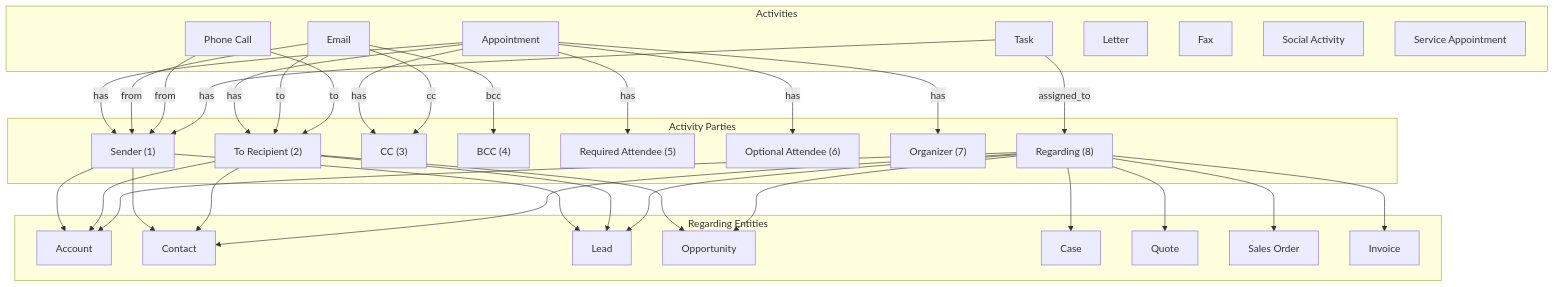
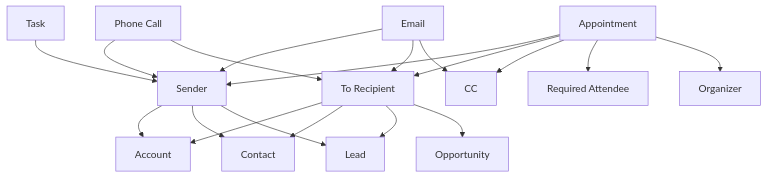
Before and after one commit to JohnDevaSahayam/Dynamic-365-Database-Documentation: diagram 12 of 15 in D365_Mermaid_Diagrams.md, drawn with Mermaid. The commit also changed other lines of this file, not shown here.

Commit message:
mermaid diagram docment changes

````diff
--- a/D365_Mermaid_Diagrams.md
+++ b/D365_Mermaid_Diagrams.md
@@ -1487,79 +1201,46 @@
 ```mermaid
 flowchart TB
-    %% ==================== ACTIVITY RELATIONSHIPS ====================
+    APPT["Appointment"]
+    EMAIL["Email"]
+    PHONE["Phone Call"]
+    TASK["Task"]
     
-    subgraph ACTIVITIES["Activities"]
-        APPT["Appointment"]
-        EMAIL["Email"]
-        PHONE["Phone Call"]
-        TASK["Task"]
-        LETTER["Letter"]
-        FAX["Fax"]
-        SOCIAL["Social Activity"]
-        SERVICE["Service Appointment"]
-    end
+    SENDER["Sender"]
+    TO["To Recipient"]
+    CC["CC"]
+    REQUIRED["Required Attendee"]
+    ORGANIZER["Organizer"]
     
-    subgraph PARTICIPANTS["Activity Parties"]
-        SENDER["Sender (1)"]
-        TO["To Recipient (2)"]
-        CC["CC (3)"]
-        BCC["BCC (4)"]
-        REQUIRED["Required Attendee (5)"]
-        OPTIONAL["Optional Attendee (6)"]
-        ORGANIZER["Organizer (7)"]
-        REGARDING["Regarding (8)"]
-    end
+    ACCOUNT_ACT["Account"]
+    CONTACT_ACT["Contact"]
+    LEAD_ACT["Lead"]
+    OPP_ACT["Opportunity"]
     
-    subgraph REGARDING_ENTITIES["Regarding Entities"]
-        ACCOUNT_ACT["Account"]
-        CONTACT_ACT["Contact"]
-        LEAD_ACT["Lead"]
-        OPP_ACT["Opportunity"]
-        CASE_ACT["Case"]
-        QUOTE_ACT["Quote"]
-        ORDER_ACT["Sales Order"]
-        INVOICE_ACT["Invoice"]
-    end
+    APPT --> SENDER
+    APPT --> TO
+    APPT --> CC
+    APPT --> REQUIRED
+    APPT --> ORGANIZER
     
-    %% Activity to Participant
-    APPT -->|has| SENDER
-    APPT -->|has| TO
-    APPT -->|has| CC
-    APPT -->|has| REQUIRED
-    APPT -->|has| OPTIONAL
-    APPT -->|has| ORGANIZER
+    EMAIL --> SENDER
+    EMAIL --> TO
+    EMAIL --> CC
     
-    EMAIL -->|from| SENDER
-    EMAIL -->|to| TO
-    EMAIL -->|cc| CC
-    EMAIL -->|bcc| BCC
+    PHONE --> SENDER
+    PHONE --> TO
     
-    PHONE -->|from| SENDER
-    PHONE -->|to| TO
+    TASK --> SENDER
     
-    TASK -->|assigned_to| REGARDING
-    TASK -->|has| SENDER
-    
-    %% Participant to Regarding
     SENDER --> ACCOUNT_ACT
     SENDER --> CONTACT_ACT
     SENDER --> LEAD_ACT
     
     TO --> ACCOUNT_ACT
     TO --> CONTACT_ACT
     TO --> LEAD_ACT
     TO --> OPP_ACT
     
-    REGARDING --> ACCOUNT_ACT
-    REGARDING --> CONTACT_ACT
-    REGARDING --> LEAD_ACT
-    REGARDING --> OPP_ACT
-    REGARDING --> CASE_ACT
-    REGARDING --> QUOTE_ACT
-    REGARDING --> ORDER_ACT
-    REGARDING --> INVOICE_ACT
-    
-    class APPT,EMAIL,PHONE,TASK,LETTER,FAX,SOCIAL,SERVICE fill:#e3f2fd,stroke:#1565c0
-    class SENDER,TO,CC,BCC,REQUIRED,OPTIONAL,ORGANIZER,REGARDING fill:#fff8e1,stroke:#ff8f00
-    class ACCOUNT_ACT,CONTACT_ACT,LEAD_ACT,OPP_ACT,CASE_ACT,QUOTE_ACT,ORDER_ACT,INVOICE_ACT fill:#c8e6c9,stroke:#2e7d32
+    class APPT,EMAIL,PHONE,TASK fill:#e3f2fd,stroke:#1565c0
+    class SENDER,TO,CC,REQUIRED,ORGANIZER fill:#fff8e1,stroke:#ff8f00
+    class ACCOUNT_ACT,CONTACT_ACT,LEAD_ACT,OPP_ACT fill:#c8e6c9,stroke:#2e7d32
 ```
````
